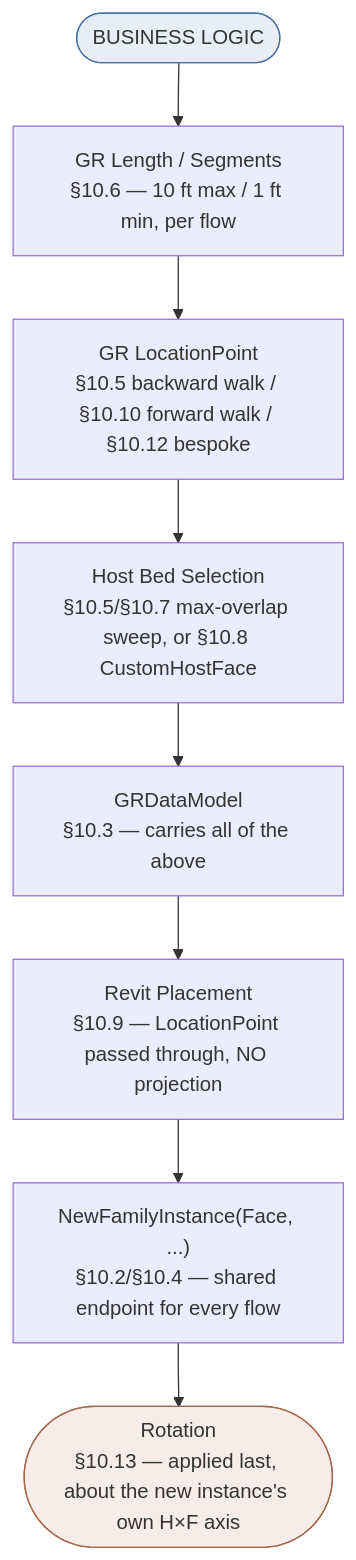
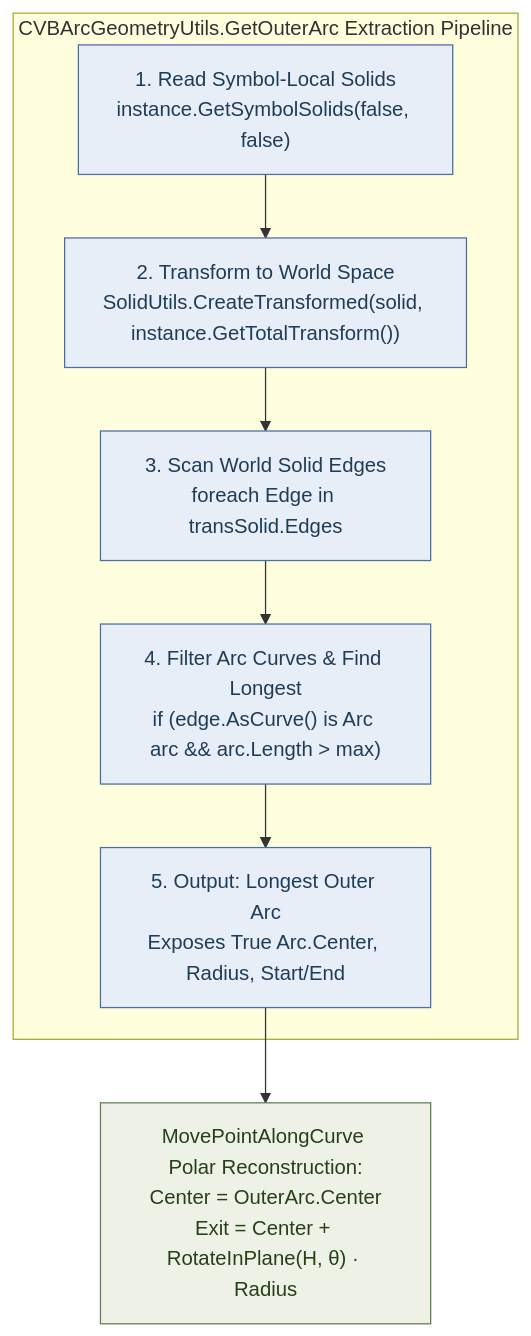
One commit to Mustafa-TOMMY/CommandSamplesRevitApiVer2025 changed diagram 18 of 20 in RevitApiSamples/Samples/TransformModule/ProjectCases/Conveyor/ConveyorFamilyGeometry.md. Above: the diagram before and after it, drawn with Mermaid. The commit also changed other lines of this file, not shown here.

Commit message:
docs(transform): add comprehensive diagram suite to ConveyorFamilyGeometry.md

````diff
--- a/RevitApiSamples/Samples/TransformModule/ProjectCases/Conveyor/ConveyorFamilyGeometry.md
+++ b/RevitApiSamples/Samples/TransformModule/ProjectCases/Conveyor/ConveyorFamilyGeometry.md
@@ -882,13 +801,16 @@
 ```mermaid
 flowchart TD
-    BL(["BUSINESS LOGIC"]) --> Len["GR Length / Segments<br/>§10.6 — 10 ft max / 1 ft min, per flow"]
-    Len --> Loc["GR LocationPoint<br/>§10.5 backward walk / §10.10 forward walk / §10.12 bespoke"]
-    Loc --> Host["Host Bed Selection<br/>§10.5/§10.7 max-overlap sweep, or §10.8 CustomHostFace"]
-    Host --> Model["GRDataModel<br/>§10.3 — carries all of the above"]
-    Model --> Rev["Revit Placement<br/>§10.9 — LocationPoint passed through, NO projection"]
-    Rev --> New["NewFamilyInstance(Face, ...)<br/>§10.2/§10.4 — shared endpoint for every flow"]
-    New --> Rot(["Rotation<br/>§10.13 — applied last, about the new instance's own H×F axis"])
+    subgraph Extraction ["CVBArcGeometryUtils.GetOuterArc Extraction Pipeline"]
+        Sym["1. Read Symbol-Local Solids<br/>instance.GetSymbolSolids(false, false)"] --> Trans["2. Transform to World Space<br/>SolidUtils.CreateTransformed(solid, instance.GetTotalTransform())"]
+        Trans --> Scan["3. Scan World Solid Edges<br/>foreach Edge in transSolid.Edges"]
+        Scan --> Filter["4. Filter Arc Curves & Find Longest<br/>if (edge.AsCurve() is Arc arc && arc.Length > max)"]
+        Filter --> OuterArc["5. Output: Longest Outer Arc<br/>Exposes True Arc.Center, Radius, Start/End"]
+    end
 
-    style BL fill:#e8eef7,stroke:#4a6fa5
-    style Rot fill:#f7ece8,stroke:#a5674a
+    OuterArc --> Polar["MovePointAlongCurve Polar Reconstruction:<br/>Center = OuterArc.Center<br/>Exit = Center + RotateInPlane(H, θ) · Radius"]
+
+    classDef pipe fill:#e8eef7,stroke:#4a6fa5,color:#1e3d59;
+    classDef polar fill:#eef2e6,stroke:#608050,color:#264018;
+    class Sym,Trans,Scan,Filter,OuterArc pipe
+    class Polar polar
 ```
````
